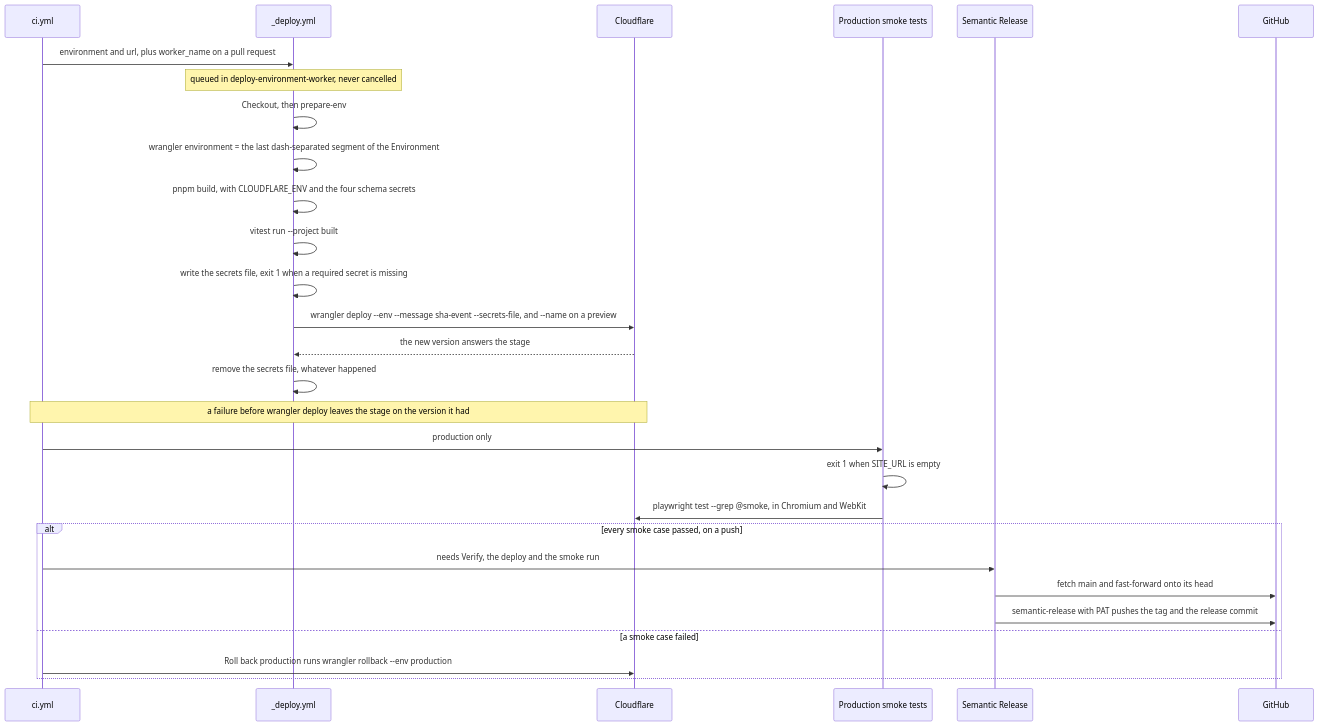
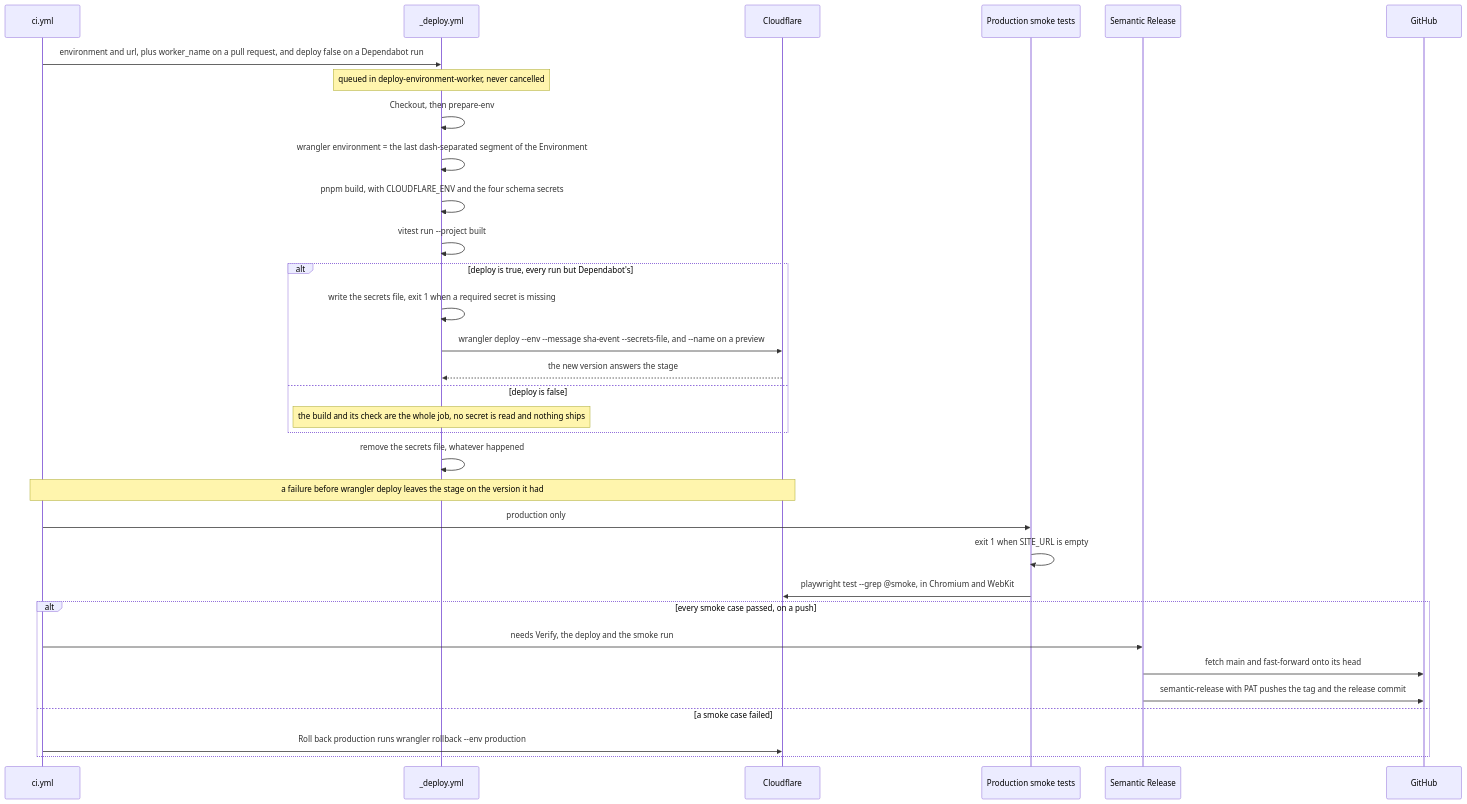
The second of 3 diagrams in docs/wiki/CI-CD.md (fbuireu/biancafiore), drawn with Mermaid before and after one commit. The commit also changed other lines of this file and 1 other file, not shown here.

First line of the commit message:
docs: draw the Dependabot pull request's build-only path in the CI diagrams

````diff
--- a/docs/wiki/CI-CD.md
+++ b/docs/wiki/CI-CD.md
@@ -77,35 +78,39 @@
 ```mermaid
 ---
 config:
   look: handDrawn
   layout: dagre
 ---
 sequenceDiagram
     participant CI as ci.yml
     participant Deploy as _deploy.yml
     participant CF as Cloudflare
     participant Smoke as Production smoke tests
     participant Release as Semantic Release
     participant GitHub
-    CI->>Deploy: environment and url, plus worker_name on a pull request
+    CI->>Deploy: environment and url, plus worker_name on a pull request, and deploy false on a Dependabot run
     Note over Deploy: queued in deploy-environment-worker, never cancelled
     Deploy->>Deploy: Checkout, then prepare-env
     Deploy->>Deploy: wrangler environment = the last dash-separated segment of the Environment
     Deploy->>Deploy: pnpm build, with CLOUDFLARE_ENV and the four schema secrets
     Deploy->>Deploy: vitest run --project built
-    Deploy->>Deploy: write the secrets file, exit 1 when a required secret is missing
-    Deploy->>CF: wrangler deploy --env --message sha-event --secrets-file, and --name on a preview
-    CF-->>Deploy: the new version answers the stage
+    alt deploy is true, every run but Dependabot's
+        Deploy->>Deploy: write the secrets file, exit 1 when a required secret is missing
+        Deploy->>CF: wrangler deploy --env --message sha-event --secrets-file, and --name on a preview
+        CF-->>Deploy: the new version answers the stage
+    else deploy is false
+        Note over Deploy: the build and its check are the whole job, no secret is read and nothing ships
+    end
     Deploy->>Deploy: remove the secrets file, whatever happened
     Note over CI,CF: a failure before wrangler deploy leaves the stage on the version it had
     CI->>Smoke: production only
     Smoke->>Smoke: exit 1 when SITE_URL is empty
     Smoke->>CF: playwright test --grep @smoke, in Chromium and WebKit
     alt every smoke case passed, on a push
         CI->>Release: needs Verify, the deploy and the smoke run
         Release->>GitHub: fetch main and fast-forward onto its head
         Release->>GitHub: semantic-release with PAT pushes the tag and the release commit
     else a smoke case failed
         CI->>CF: Roll back production runs wrangler rollback --env production
     end
 ```
````
